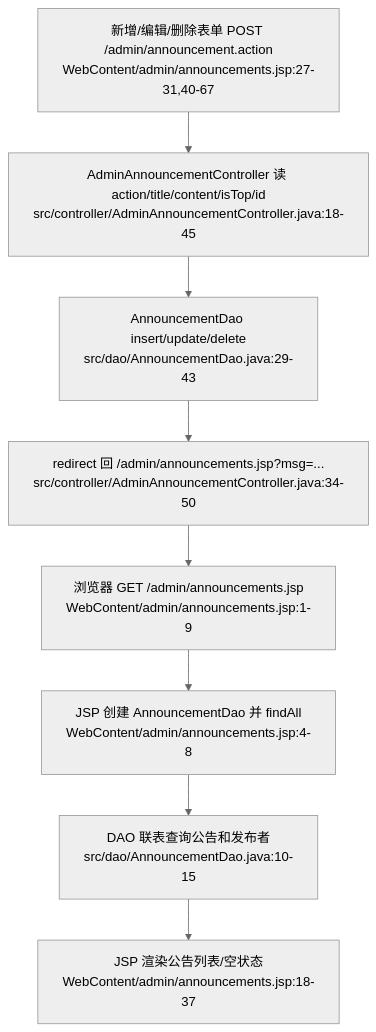
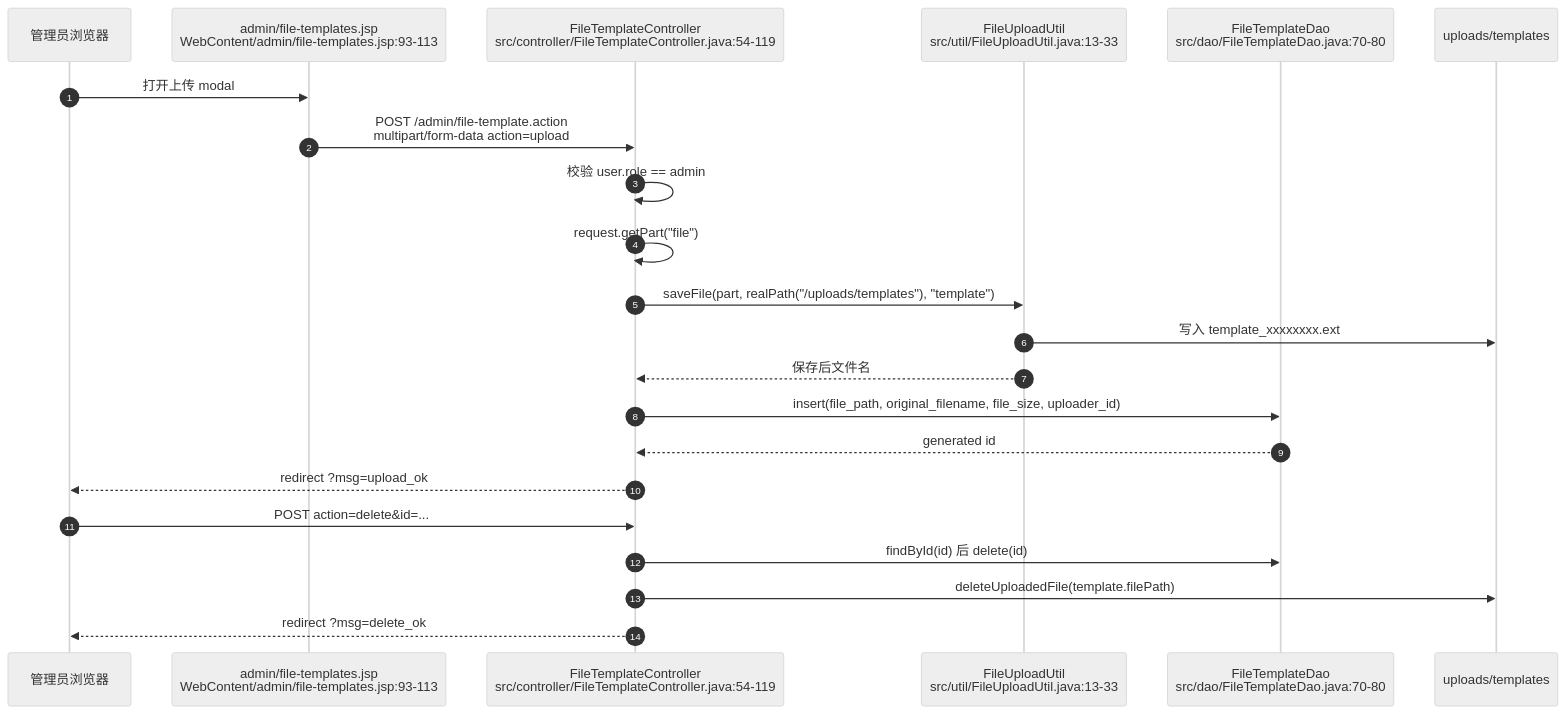
Before and after one commit to guangxiangdebizi/graduation-design-management-system: diagram 20 of 51 in docs/网络数据流详解/毕业设计管理系统-网络数据流详解.md, drawn with Mermaid (neutral theme). The commit also changed other lines of this file and 8 other files, not shown here.

First line of the commit message:
refactor project documentation and enhance network data flow details

````diff
--- a/docs/网络数据流详解/毕业设计管理系统-网络数据流详解.md
+++ b/docs/网络数据流详解/毕业设计管理系统-网络数据流详解.md
@@ -1690,10 +1644,26 @@
 ```mermaid
-flowchart TD
-  A["浏览器 GET /admin/announcements.jsp<br/>WebContent/admin/announcements.jsp:1-9"] --> B["JSP 创建 AnnouncementDao 并 findAll<br/>WebContent/admin/announcements.jsp:4-8"]
-  B --> C["DAO 联表查询公告和发布者<br/>src/dao/AnnouncementDao.java:10-15"]
-  C --> D["JSP 渲染公告列表/空状态<br/>WebContent/admin/announcements.jsp:18-37"]
-  E["新增/编辑/删除表单 POST /admin/announcement.action<br/>WebContent/admin/announcements.jsp:27-31,40-67"] --> F["AdminAnnouncementController 读 action/title/content/isTop/id<br/>src/controller/AdminAnnouncementController.java:18-45"]
-  F --> G["AnnouncementDao insert/update/delete<br/>src/dao/AnnouncementDao.java:29-43"]
-  G --> H["redirect 回 /admin/announcements.jsp?msg=...<br/>src/controller/AdminAnnouncementController.java:34-50"]
-  H --> A
+sequenceDiagram
+    autonumber
+    participant A as 管理员浏览器
+    participant JSP as admin/file-templates.jsp<br/>WebContent/admin/file-templates.jsp:93-113
+    participant C as FileTemplateController<br/>src/controller/FileTemplateController.java:54-119
+    participant FU as FileUploadUtil<br/>src/util/FileUploadUtil.java:13-33
+    participant DAO as FileTemplateDao<br/>src/dao/FileTemplateDao.java:70-80
+    participant FS as uploads/templates
+
+    A->>JSP: 打开上传 modal
+    JSP->>C: POST /admin/file-template.action<br/>multipart/form-data action=upload
+    C->>C: 校验 user.role == admin
+    C->>C: request.getPart("file")
+    C->>FU: saveFile(part, realPath("/uploads/templates"), "template")
+    FU->>FS: 写入 template_xxxxxxxx.ext
+    FU-->>C: 保存后文件名
+    C->>DAO: insert(file_path, original_filename, file_size, uploader_id)
+    DAO-->>C: generated id
+    C-->>A: redirect ?msg=upload_ok
+
+    A->>C: POST action=delete&id=...
+    C->>DAO: findById(id) 后 delete(id)
+    C->>FS: deleteUploadedFile(template.filePath)
+    C-->>A: redirect ?msg=delete_ok
 ```
````
